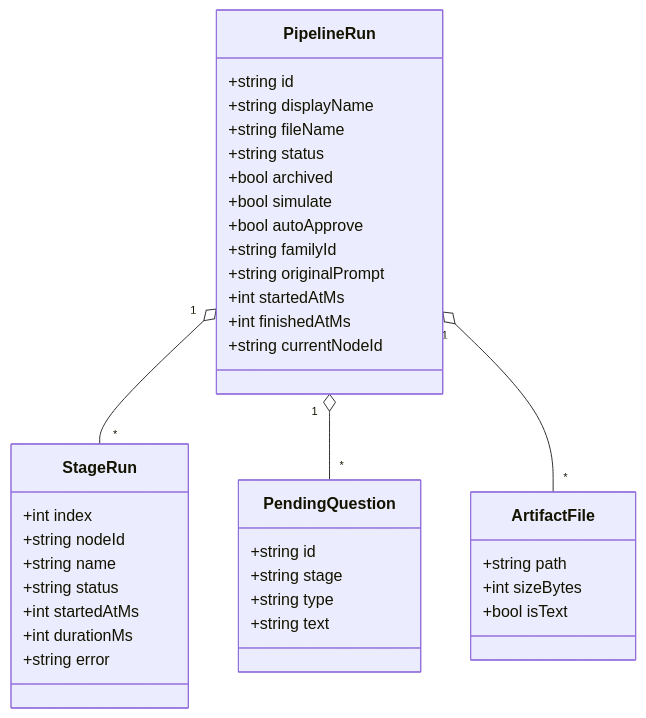
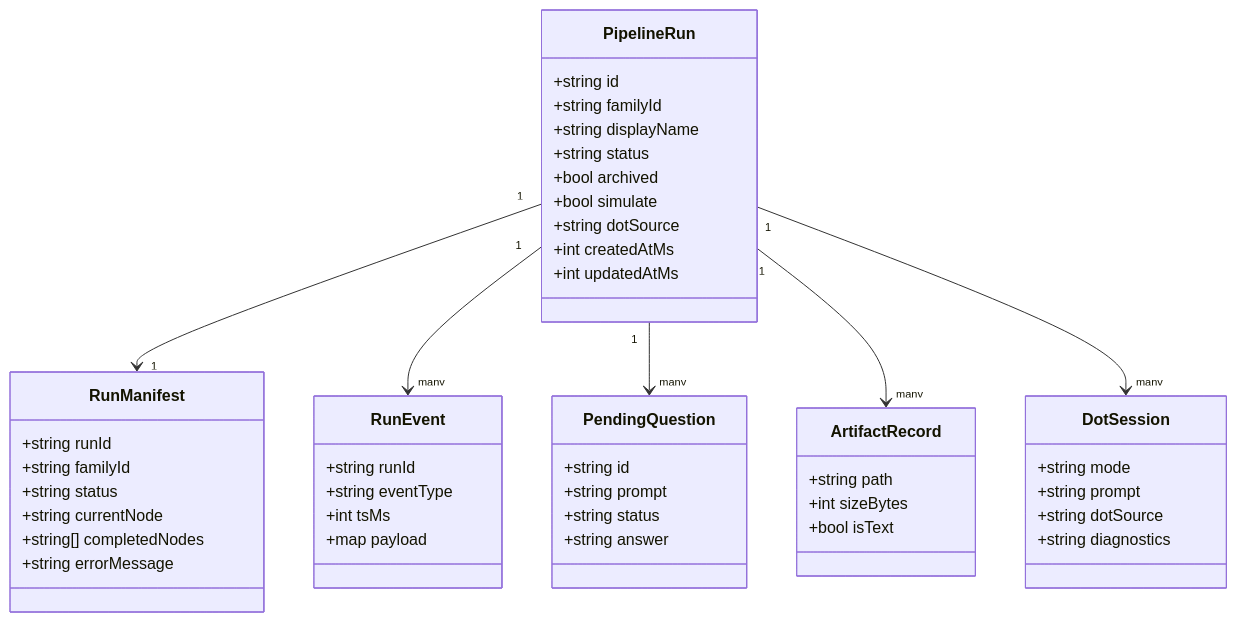
One commit to jaytaylor/attractor-php changed the first of 5 diagrams in docs/sprints/SPRINT-002-attractor-php-web-dashboard.md. Above: the diagram before and after it, drawn with Mermaid. The commit also changed other lines of this file, not shown here.

Commit message:
docs: sync sprint 002 implementation status and evidence

````diff
--- a/docs/sprints/SPRINT-002-attractor-php-web-dashboard.md
+++ b/docs/sprints/SPRINT-002-attractor-php-web-dashboard.md
@@ -1316,45 +1748,56 @@
 ```mermaid
-%% Source: .scratch/mermaid/SPRINT-002/domain-model.mmd
 classDiagram
-  class PipelineRun {
-    +string id
-    +string displayName
-    +string fileName
-    +string status
-    +bool archived
-    +bool simulate
-    +bool autoApprove
-    +string familyId
-    +string originalPrompt
-    +int startedAtMs
-    +int finishedAtMs
-    +string currentNodeId
-  }
+    class PipelineRun {
+      +string id
+      +string familyId
+      +string displayName
+      +string status
+      +bool archived
+      +bool simulate
+      +string dotSource
+      +int createdAtMs
+      +int updatedAtMs
+    }
 
-  class StageRun {
-    +int index
-    +string nodeId
-    +string name
-    +string status
-    +int startedAtMs
-    +int durationMs
-    +string error
-  }
+    class RunManifest {
+      +string runId
+      +string familyId
+      +string status
+      +string currentNode
+      +string[] completedNodes
+      +string errorMessage
+    }
 
-  class PendingQuestion {
-    +string id
-    +string stage
-    +string type
-    +string text
-  }
+    class RunEvent {
+      +string runId
+      +string eventType
+      +int tsMs
+      +map payload
+    }
 
-  class ArtifactFile {
-    +string path
-    +int sizeBytes
-    +bool isText
-  }
+    class PendingQuestion {
+      +string id
+      +string prompt
+      +string status
+      +string answer
+    }
 
-  PipelineRun "1" o-- "*" StageRun
-  PipelineRun "1" o-- "*" PendingQuestion
-  PipelineRun "1" o-- "*" ArtifactFile
+    class ArtifactRecord {
+      +string path
+      +int sizeBytes
+      +bool isText
+    }
+
+    class DotSession {
+      +string mode
+      +string prompt
+      +string dotSource
+      +string diagnostics
+    }
+
+    PipelineRun "1" --> "1" RunManifest
+    PipelineRun "1" --> "many" RunEvent
+    PipelineRun "1" --> "many" PendingQuestion
+    PipelineRun "1" --> "many" ArtifactRecord
+    PipelineRun "1" --> "many" DotSession
 ```
````
